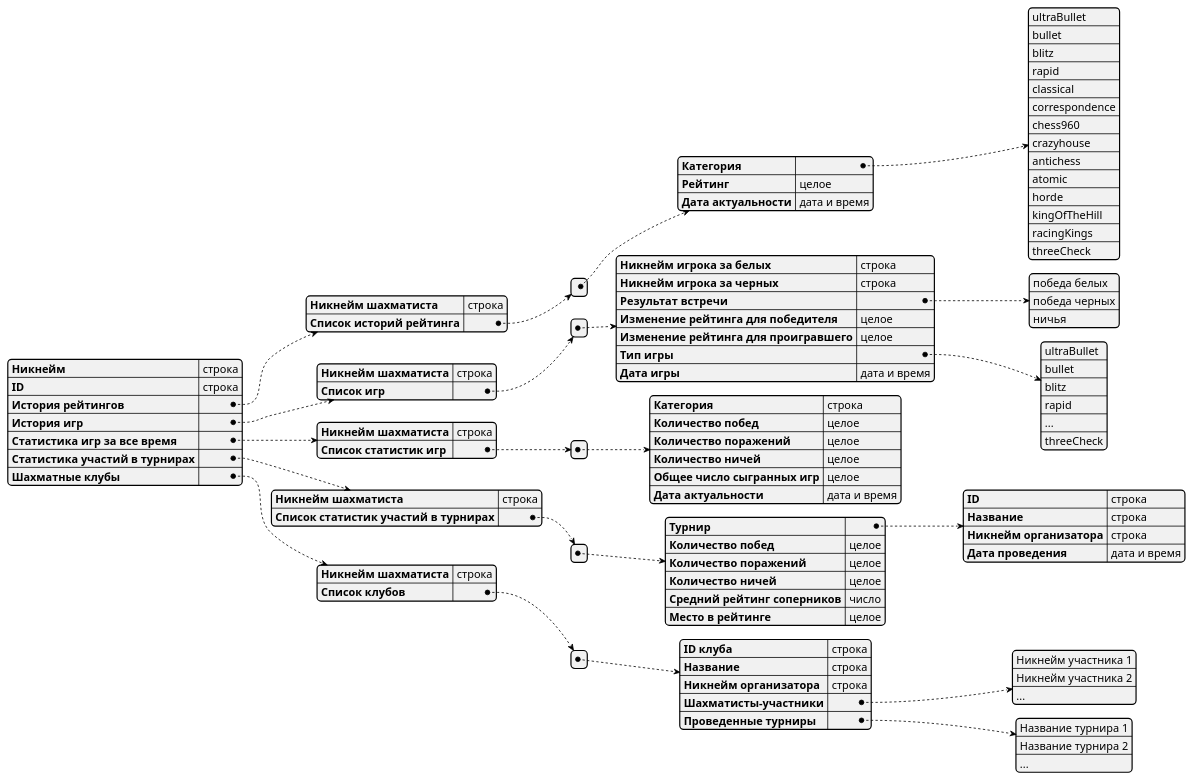
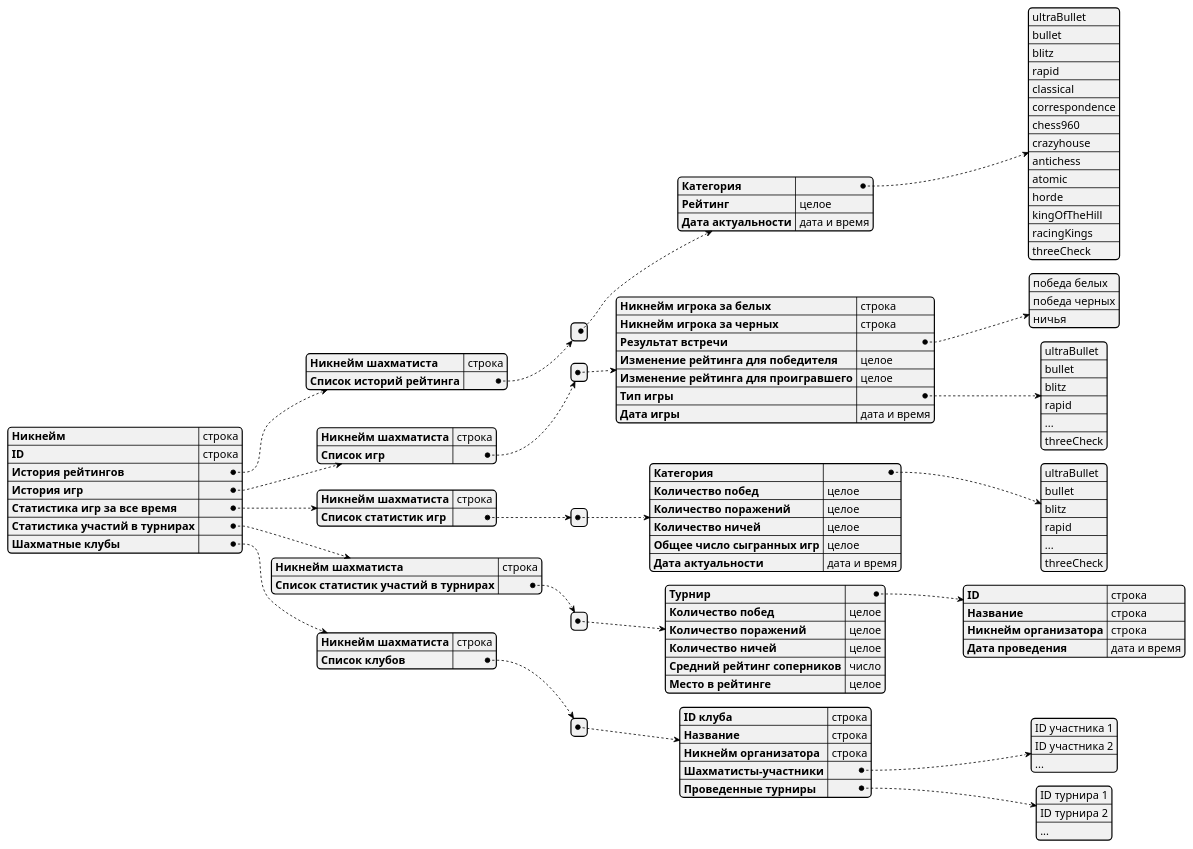
Before and after one commit to AleksanderNekr/LichessAnalyzer: the diagram in docs/json_visualize.puml, drawn with PlantUML.

Commit message:
[Docs] Fix json_visualize.puml – add categories to games stats, change nicknames to IDs.

```diff
--- a/docs/json_visualize.puml
+++ b/docs/json_visualize.puml
@@ -1,84 +1,86 @@
 @startjson chess-player
 {
   "Никнейм": "строка",
   "ID": "строка",
   "История рейтингов": {
     "Никнейм шахматиста": "строка",
     "Список историй рейтинга": [
       {
         "Категория": [
             "ultraBullet", "bullet", "blitz", "rapid", "classical", "correspondence", "chess960", "crazyhouse", "antichess", "atomic", "horde", "kingOfTheHill", "racingKings", "threeCheck"
         ],
         "Рейтинг": "целое",
         "Дата актуальности": "дата и время"
       }
     ]
   },
   "История игр": {
     "Никнейм шахматиста": "строка",
     "Список игр": [
       {
         "Никнейм игрока за белых": "строка",
         "Никнейм игрока за черных": "строка",
         "Результат встречи": [
             "победа белых", "победа черных", "ничья"
         ],
         "Изменение рейтинга для победителя": "целое",
         "Изменение рейтинга для проигравшего": "целое",
         "Тип игры": [
             "ultraBullet", "bullet", "blitz", "rapid", "...", "threeCheck"
         ],
         "Дата игры": "дата и время"
       }
     ]
   },
   "Статистика игр за все время": {
     "Никнейм шахматиста": "строка",
     "Список статистик игр": [
       {
-        "Категория": "строка",
+        "Категория": [
+            "ultraBullet", "bullet", "blitz", "rapid", "...", "threeCheck"
+        ],
         "Количество побед": "целое",
         "Количество поражений": "целое",
         "Количество ничей": "целое",
         "Общее число сыгранных игр": "целое",
         "Дата актуальности": "дата и время"
       }
     ]
   },
   "Статистика участий в турнирах": {
     "Никнейм шахматиста": "строка",
     "Список статистик участий в турнирах": [
       {
         "Турнир": {
           "ID": "строка",
           "Название": "строка",
           "Никнейм организатора": "строка",
           "Дата проведения": "дата и время"
         },
         "Количество побед": "целое",
         "Количество поражений": "целое",
         "Количество ничей": "целое",
         "Средний рейтинг соперников": "число",
         "Место в рейтинге": "целое"
       }
     ]
   },
   "Шахматные клубы": {
     "Никнейм шахматиста": "строка",
     "Список клубов": [
       {
         "ID клуба": "строка",
         "Название": "строка",
         "Никнейм организатора": "строка",
         "Шахматисты-участники": [
-          "Никнейм участника 1", "Никнейм участника 2", "..."
+          "ID участника 1", "ID участника 2", "..."
         ],
         "Проведенные турниры": [
-          "Название турнира 1", "Название турнира 2", "..."
+          "ID турнира 1", "ID турнира 2", "..."
         ]
       }
     ]
   }
 }
 
 @endjson
```
